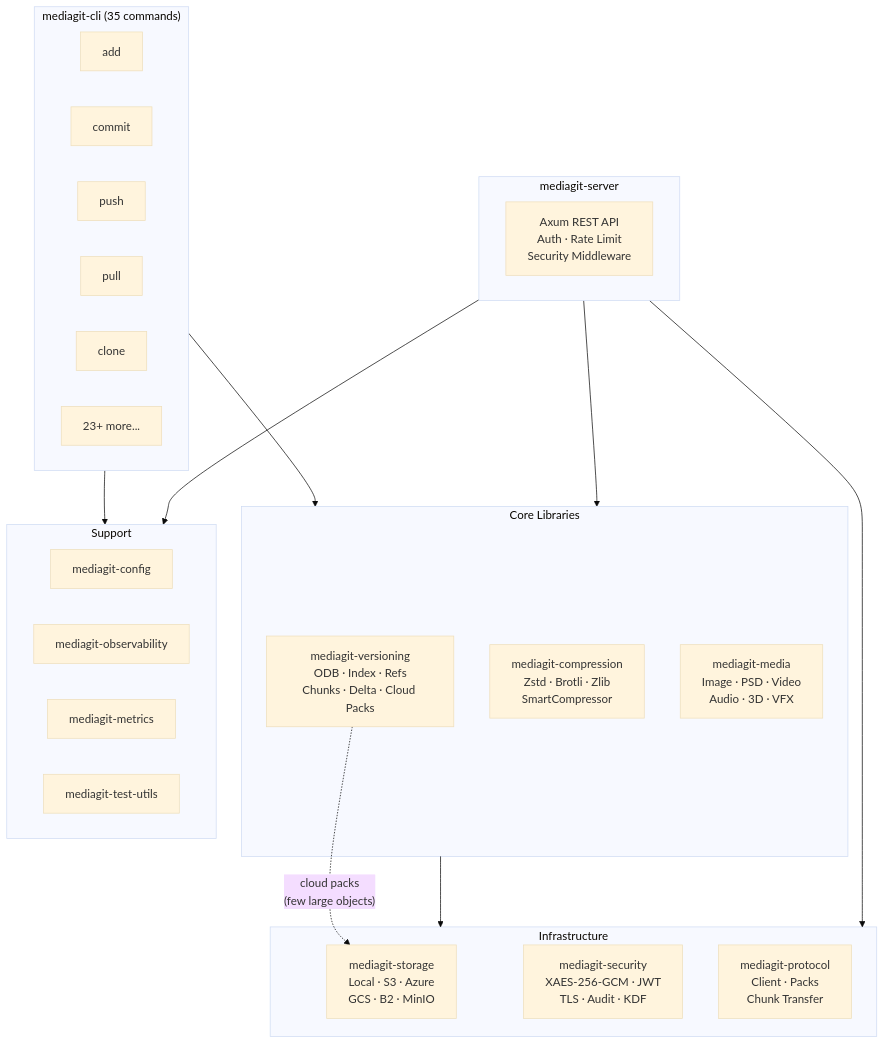
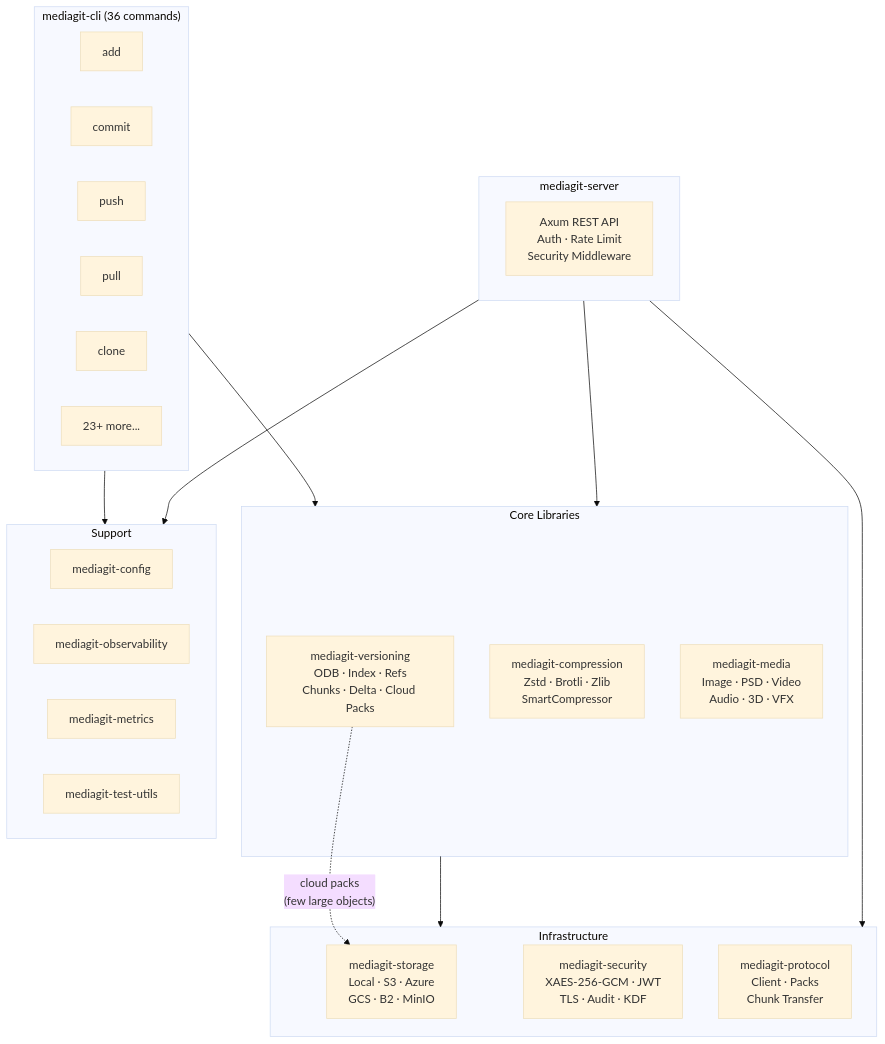
The first of 19 diagrams in ARCHITECTURE.md (winnyboy5/mediagit-core), drawn with Mermaid (base theme) before and after one commit. The commit also changed other lines of this file and 21 other files, not shown here.

````diff
--- a/ARCHITECTURE.md
+++ b/ARCHITECTURE.md
@@ -12,42 +12,42 @@
 ```mermaid
 graph TD
-    subgraph CLI["mediagit-cli (35 commands)"]
+    subgraph CLI["mediagit-cli (36 commands)"]
         ADD["add"]
         COMMIT["commit"]
         PUSH["push"]
         PULL["pull"]
         CLONE["clone"]
         OTHER["23+ more..."]
     end
 
     subgraph Core["Core Libraries"]
         VER["mediagit-versioning<br/>ODB · Index · Refs<br/>Chunks · Delta · Cloud Packs"]
         COMP["mediagit-compression<br/>Zstd · Brotli · Zlib<br/>SmartCompressor"]
         MEDIA["mediagit-media<br/>Image · PSD · Video<br/>Audio · 3D · VFX"]
     end
 
     subgraph Infra["Infrastructure"]
         STORE["mediagit-storage<br/>Local · S3 · Azure<br/>GCS · B2 · MinIO"]
         SEC["mediagit-security<br/>XAES-256-GCM · JWT<br/>TLS · Audit · KDF"]
         PROTO["mediagit-protocol<br/>Client · Packs<br/>Chunk Transfer"]
     end
 
     subgraph Support["Support"]
         CFG["mediagit-config"]
         OBS["mediagit-observability"]
         MET["mediagit-metrics"]
         TEST["mediagit-test-utils"]
     end
 
     subgraph Server["mediagit-server"]
         AXUM["Axum REST API<br/>Auth · Rate Limit<br/>Security Middleware"]
     end
 
     CLI --> Core
     Core --> Infra
     Server --> Core
     Server --> Infra
     CLI --> Support
     Server --> Support
     VER -.->|"cloud packs<br/>(few large objects)"| STORE
 ```
````
